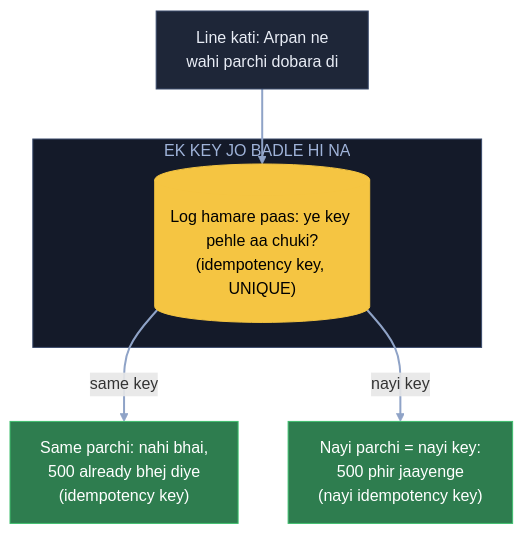
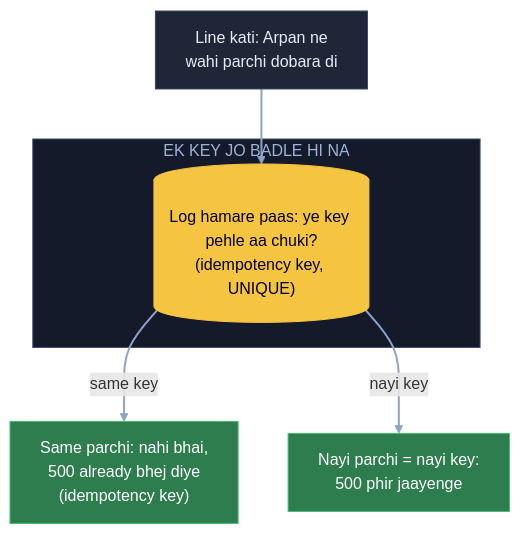
The second of 22 diagrams in 04_HLD/SYSTEM_DESIGNS/13_banking_system/13_banking_system.md (ArpanMaheshwari144/Prep), drawn with Mermaid before and after one commit. The commit also changed other lines of this file and 20 other files, not shown here.

Commit message:
Diagram: sirf hand notes wale naam rahe (66 apne joda naam hataye); README 22-Nov tak update

````diff
--- a/04_HLD/SYSTEM_DESIGNS/13_banking_system/13_banking_system.md
+++ b/04_HLD/SYSTEM_DESIGNS/13_banking_system/13_banking_system.md
@@ -122,18 +122,18 @@
 ```mermaid
 flowchart TB
     A["Line kati: Arpan ne<br/>wahi parchi dobara di"]:::card
     subgraph KY["EK KEY JO BADLE HI NA"]
         K[("Log hamare paas: ye key pehle aa chuki?<br/>(idempotency key, UNIQUE)")]:::pill
     end
     X["Same parchi: nahi bhai,<br/>500 already bhej diye<br/>(idempotency key)"]:::good
-    N["Nayi parchi = nayi key:<br/>500 phir jaayenge<br/>(nayi idempotency key)"]:::good
+    N["Nayi parchi = nayi key:<br/>500 phir jaayenge"]:::good
     A --> K
     K -- "same key" --> X
     K -- "nayi key" --> N
     linkStyle default stroke:#8fa3c7,stroke-width:2px
     classDef card fill:#1e2638,stroke:#3a4a6b,color:#e8ecf5
     classDef pill fill:#f5c542,stroke:#f5c542,color:#000
     classDef good fill:#2e7d4f,stroke:#3fbf6f,color:#fff
     classDef bad fill:#5c1f24,stroke:#e05561,color:#fff
     style KY fill:#141a29,stroke:#3a4a6b,color:#9fb3d9
 ```
````
